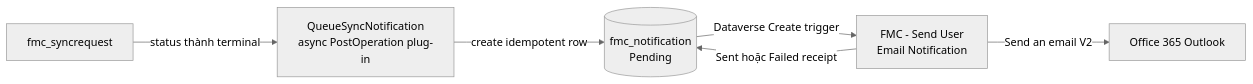
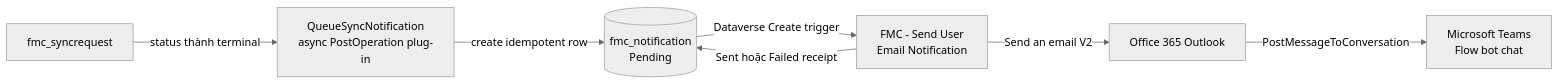
One commit to vuongicesmile/metasys-poc changed the first of 3 diagrams in docs/runbooks/user-email-notifications.vi.md. Above: the diagram before and after it, drawn with Mermaid (neutral theme). The commit also changed other lines of this file and 41 other files, not shown here.

````diff
--- a/docs/runbooks/user-email-notifications.vi.md
+++ b/docs/runbooks/user-email-notifications.vi.md
@@ -42,8 +49,9 @@
 ```mermaid
 flowchart LR
     Request["fmc_syncrequest"] -->|"status thành terminal"| Plugin["QueueSyncNotification<br/>async PostOperation plug-in"]
     Plugin -->|"create idempotent row"| Outbox[("fmc_notification<br/>Pending")]
     Outbox -->|"Dataverse Create trigger"| Flow["FMC - Send User<br/>Email Notification"]
     Flow -->|"Send an email V2"| Outlook["Office 365 Outlook"]
+    Outlook -->|"PostMessageToConversation"| Teams["Microsoft Teams<br/>Flow bot chat"]
     Flow -->|"Sent hoặc Failed receipt"| Outbox
 ```
````
